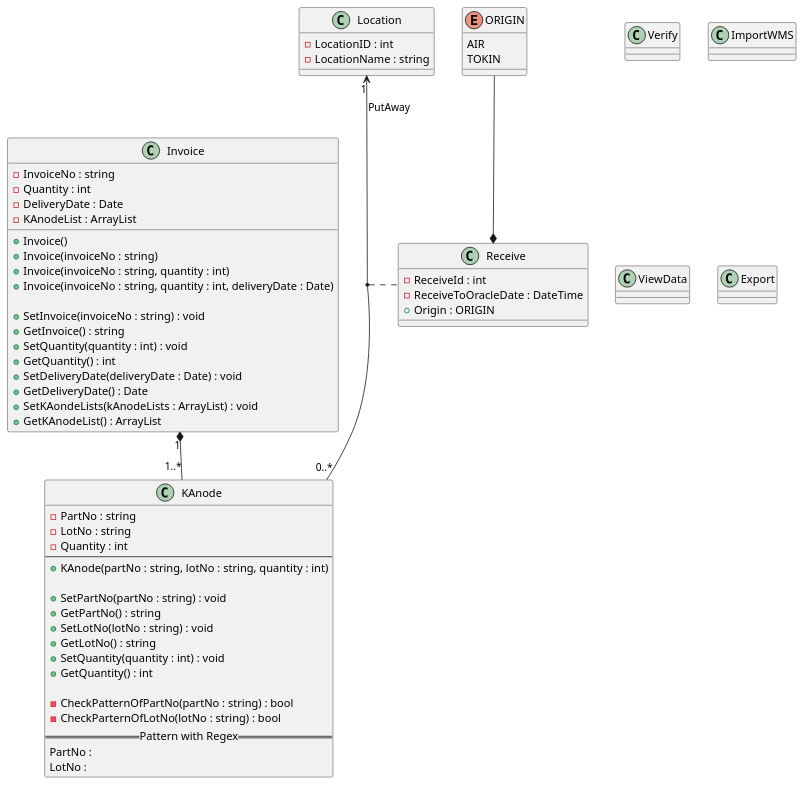
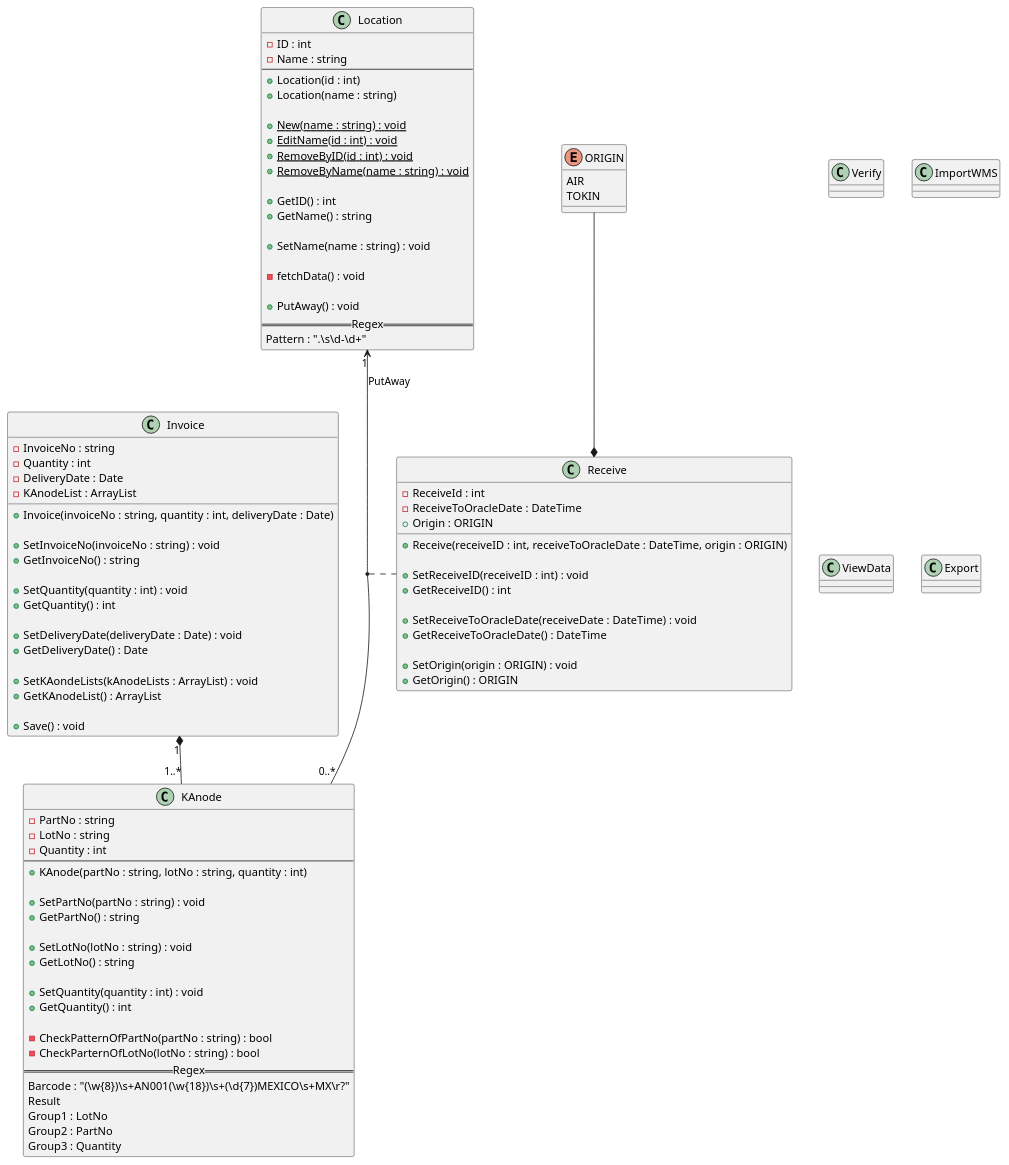
One commit to Shinodari/K-Anode-Received-Assistant-Design changed the diagram in UML/Detail.puml. Above: the diagram before and after it, drawn with PlantUML. The commit also changed 1 other file, not shown here.

Commit message:
class: receive k-anode complete

```diff
--- a/UML/Detail.puml
+++ b/UML/Detail.puml
@@ -1,78 +1,116 @@
 @startuml Class
 
 class KAnode{
     -PartNo : string
     -LotNo : string
     -Quantity : int
     --
     +KAnode(partNo : string, lotNo : string, quantity : int)
 
     +SetPartNo(partNo : string) : void
     +GetPartNo() : string
+
     +SetLotNo(lotNo : string) : void
     +GetLotNo() : string
+
     +SetQuantity(quantity : int) : void
     +GetQuantity() : int
 
     -CheckPatternOfPartNo(partNo : string) : bool
     -CheckParternOfLotNo(lotNo : string) : bool
-    ==Pattern with Regex==
-    PartNo :
-    LotNo :
+    ==Regex==
+    Barcode : "(\\w{8})\\s+AN001(\\w{18})\\s+(\\d{7})MEXICO\\s+MX\\r?"
+    Result
+    Group1 : LotNo
+    Group2 : PartNo
+    Group3 : Quantity
 }
 
 class Invoice{
     -InvoiceNo : string
     -Quantity : int
     -DeliveryDate : Date
     -KAnodeList : ArrayList
 
-    +Invoice()
-    +Invoice(invoiceNo : string)
-    +Invoice(invoiceNo : string, quantity : int)
+    '+Invoice()
+    '+Invoice(invoiceNo : string)
+    '+Invoice(invoiceNo : string, quantity : int)
     +Invoice(invoiceNo : string, quantity : int, deliveryDate : Date)
 
-    +SetInvoice(invoiceNo : string) : void
-    +GetInvoice() : string
+    +SetInvoiceNo(invoiceNo : string) : void
+    +GetInvoiceNo() : string
+
     +SetQuantity(quantity : int) : void
     +GetQuantity() : int
+
     +SetDeliveryDate(deliveryDate : Date) : void
     +GetDeliveryDate() : Date
+
     +SetKAondeLists(kAnodeLists : ArrayList) : void
     +GetKAnodeList() : ArrayList
+
+    +Save() : void
 }
 Invoice "1" *-- "1..*" KAnode
 
 class Location{
-    -LocationID : int
-    -LocationName : string
+    -ID : int
+    -Name : string
+    --
+    +Location(id : int)
+    +Location(name : string)
+
+    +{static}New(name : string) : void
+    +{static}EditName(id : int) : void
+    +{static}RemoveByID(id : int) : void
+    +{static}RemoveByName(name : string) : void
+
+    +GetID() : int
+    +GetName() : string
+
+    +SetName(name : string) : void
+
+    -fetchData() : void
+
+    +PutAway() : void
+    ==Regex==
+    Pattern : ".\\s\\d-\\d+"
 }
 Location "1" <-- "0..*" KAnode : PutAway
 
 enum ORIGIN{
     AIR
     TOKIN
 }
 class Receive{
     -ReceiveId : int
     -ReceiveToOracleDate : DateTime
     +Origin : ORIGIN
 
-    
+    +Receive(receiveID : int, receiveToOracleDate : DateTime, origin : ORIGIN)
+
+    +SetReceiveID(receiveID : int) : void
+    +GetReceiveID() : int
+
+    +SetReceiveToOracleDate(receiveDate : DateTime) : void
+    +GetReceiveToOracleDate() : DateTime
+
+    +SetOrigin(origin : ORIGIN) : void
+    +GetOrigin() : ORIGIN
 }
 'ENUM of Receive'
 ORIGIN --* Receive
 'Association of Receive'
 (KAnode, Location) .. Receive
 
 class Verify
 
 class ImportWMS
 
 class ViewData
 
 class Export
 
 
 
 @enduml
```
